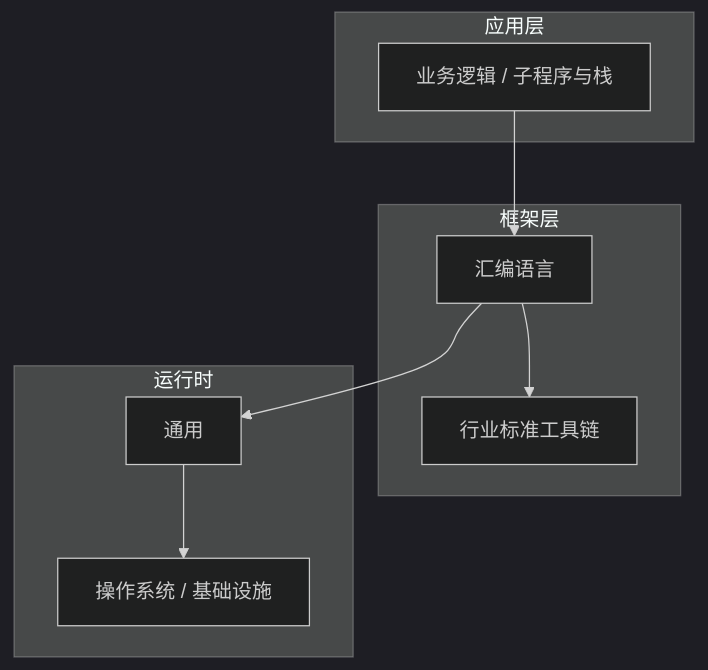
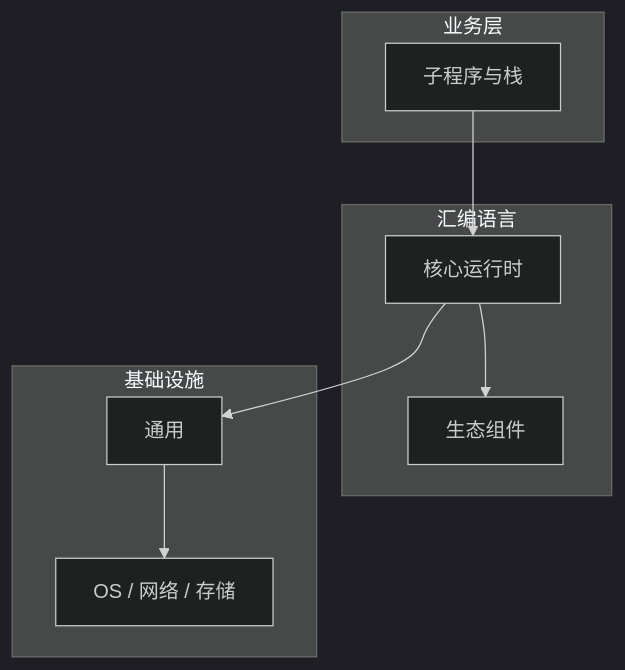
The diagram in articles/汇编语言/chapters/025-子程序与栈核心概念与原理.md (yanggan2015/knowledge-json-v2), drawn with Mermaid (dark theme) before and after one commit. The commit also changed other lines of this file and 10127 other files, not shown here.

````diff
--- a/articles/汇编语言/chapters/025-子程序与栈核心概念与原理.md
+++ b/articles/汇编语言/chapters/025-子程序与栈核心概念与原理.md
@@ -45,18 +34,18 @@
 ```mermaid
 graph TB
-    subgraph 应用层
-        A[业务逻辑 / 子程序与栈]
+    subgraph 业务层
+        A[子程序与栈]
     end
-    subgraph 框架层
-        B[汇编语言]
-        C[行业标准工具链]
+    subgraph 汇编语言
+        B[核心运行时]
+        C[生态组件]
     end
-    subgraph 运行时
+    subgraph 基础设施
         D[通用]
-        E[操作系统 / 基础设施]
+        E[OS / 网络 / 存储]
     end
     A --> B
     B --> C
     B --> D
     D --> E
 ```
````
